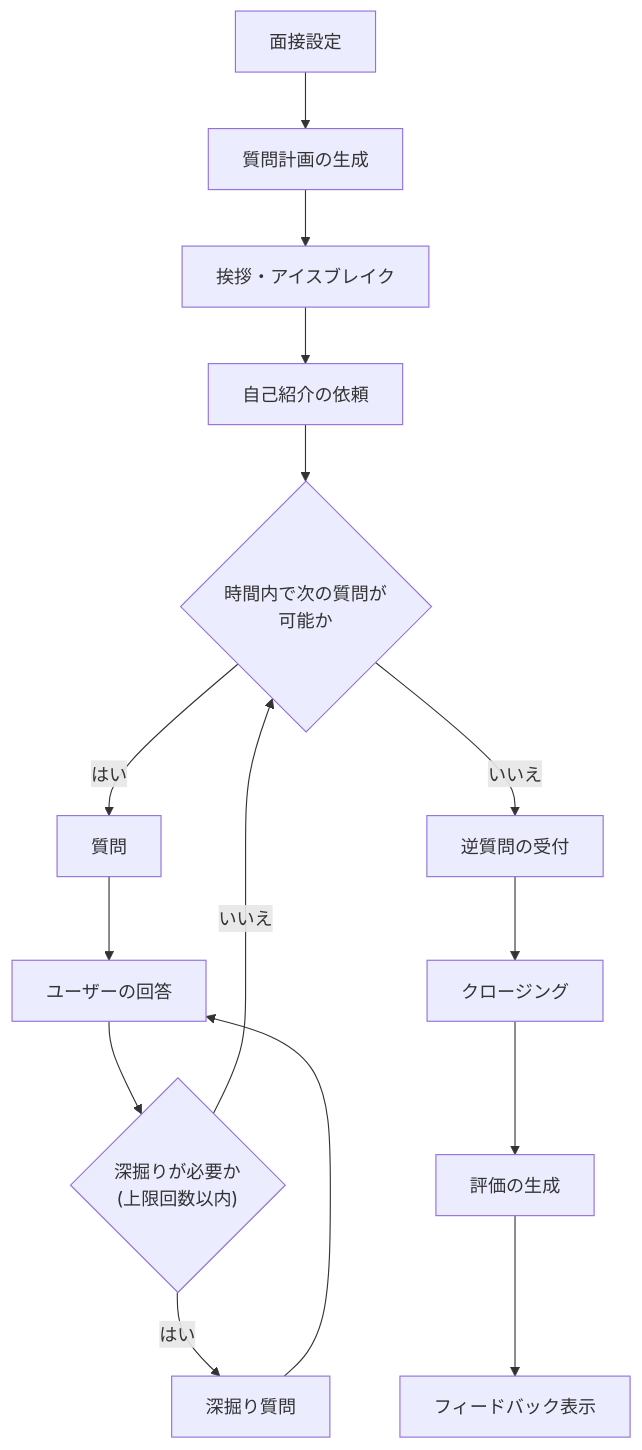
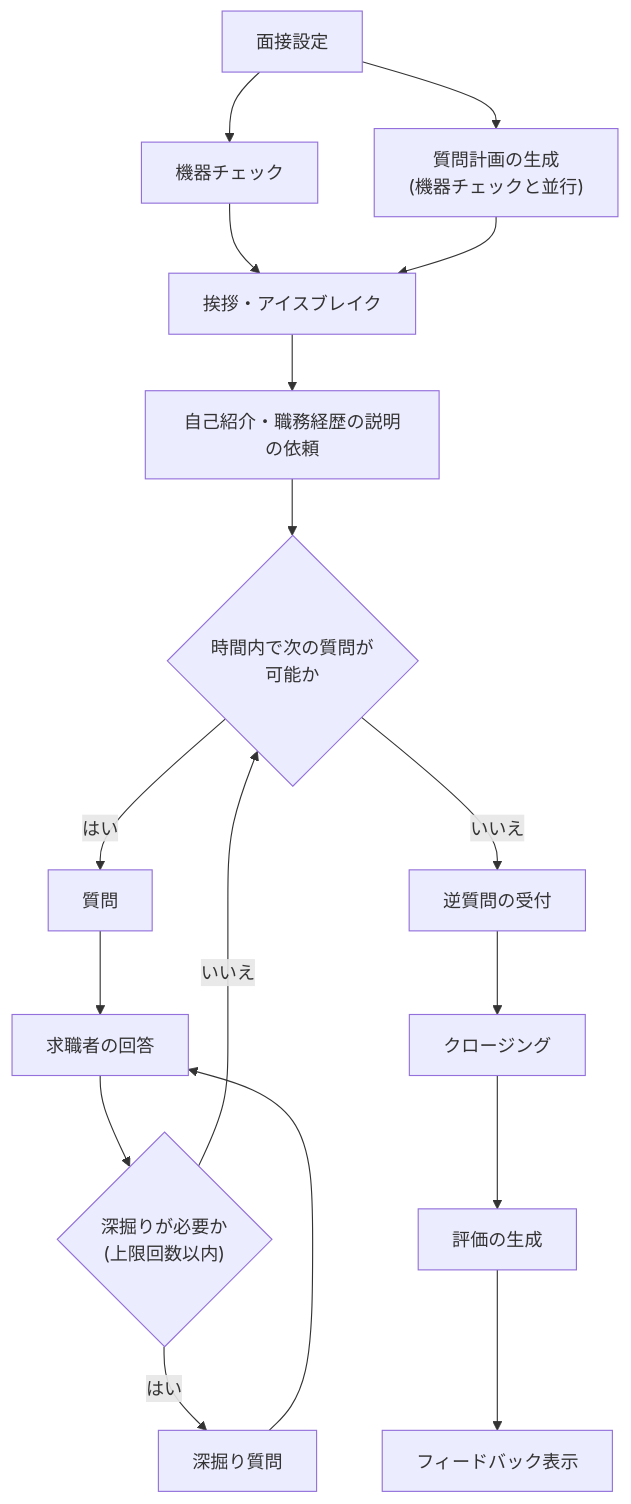
Before and after one commit to tarokuma555-maker/AI-interview-pj: the first of 5 diagrams in docs/requirements.md, drawn with Mermaid. The commit also changed other lines of this file and 1 other file, not shown here.

````diff
--- a/docs/requirements.md
+++ b/docs/requirements.md
@@ -247,17 +290,19 @@
 ```mermaid
 flowchart TD
-    A["面接設定"] --> B["質問計画の生成"]
+    A["面接設定"] --> B["機器チェック"]
+    A --> P["質問計画の生成<br/>(機器チェックと並行)"]
     B --> C["挨拶・アイスブレイク"]
-    C --> D["自己紹介の依頼"]
+    P --> C
+    C --> D["自己紹介・職務経歴の説明の依頼"]
     D --> E{"時間内で次の質問が<br/>可能か"}
     E -- はい --> F["質問"]
-    F --> G["ユーザーの回答"]
+    F --> G["求職者の回答"]
     G --> H{"深掘りが必要か<br/>(上限回数以内)"}
     H -- はい --> I["深掘り質問"]
     I --> G
     H -- いいえ --> E
     E -- いいえ --> J["逆質問の受付"]
     J --> K["クロージング"]
     K --> L["評価の生成"]
     L --> M["フィードバック表示"]
 ```
````
